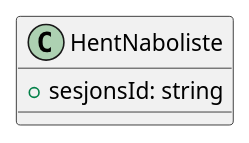
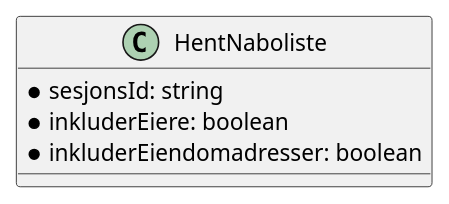
Before and after one commit to ks-no/fiks-link-specification: the diagram in Dokumentasjon/V1/ClassDiagrams/no.ks.fiks.link.v1.innsyn.naboliste.hent/class-diagram.pu, drawn with PlantUML. The commit also changed 27 other files, not shown here.

```diff
--- a/Dokumentasjon/V1/ClassDiagrams/no.ks.fiks.link.v1.innsyn.naboliste.hent/class-diagram.pu
+++ b/Dokumentasjon/V1/ClassDiagrams/no.ks.fiks.link.v1.innsyn.naboliste.hent/class-diagram.pu
@@ -1,7 +1,9 @@
 @startuml
 
 class HentNaboliste {
-    +sesjonsId: string
+    *sesjonsId: string
+    *inkluderEiere: boolean
+    *inkluderEiendomadresser: boolean
 }
 
 @enduml
```
